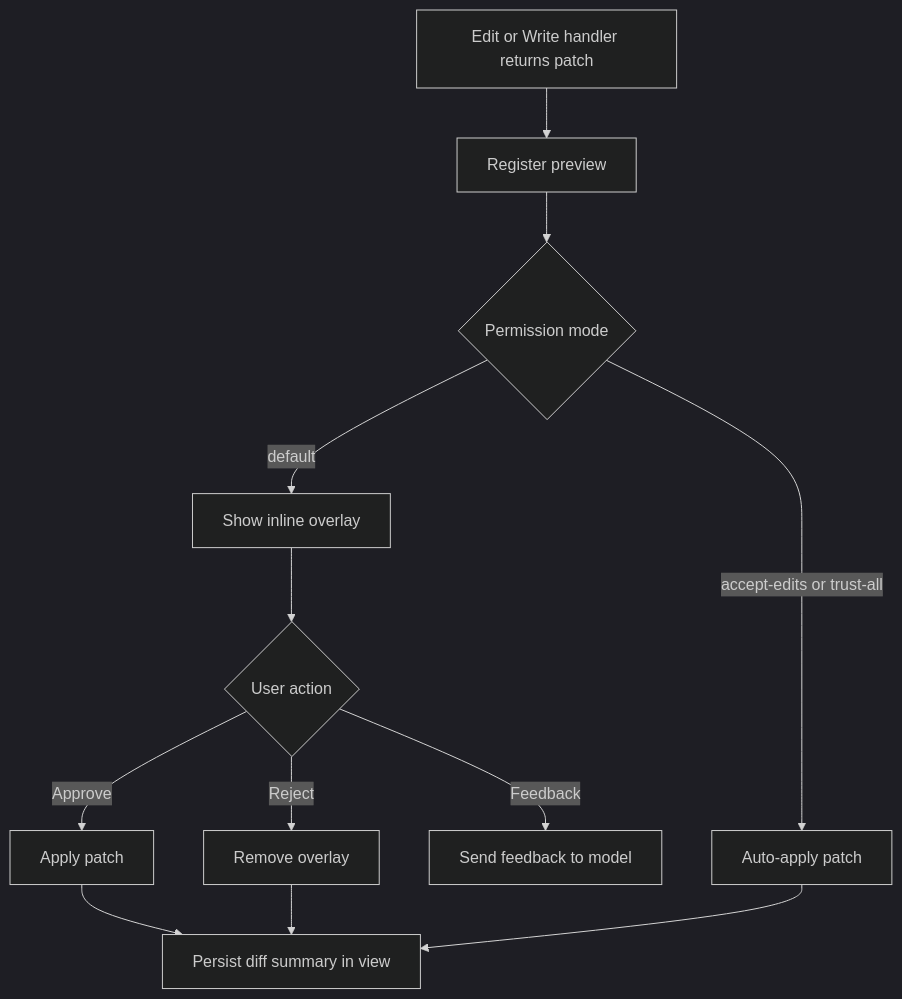
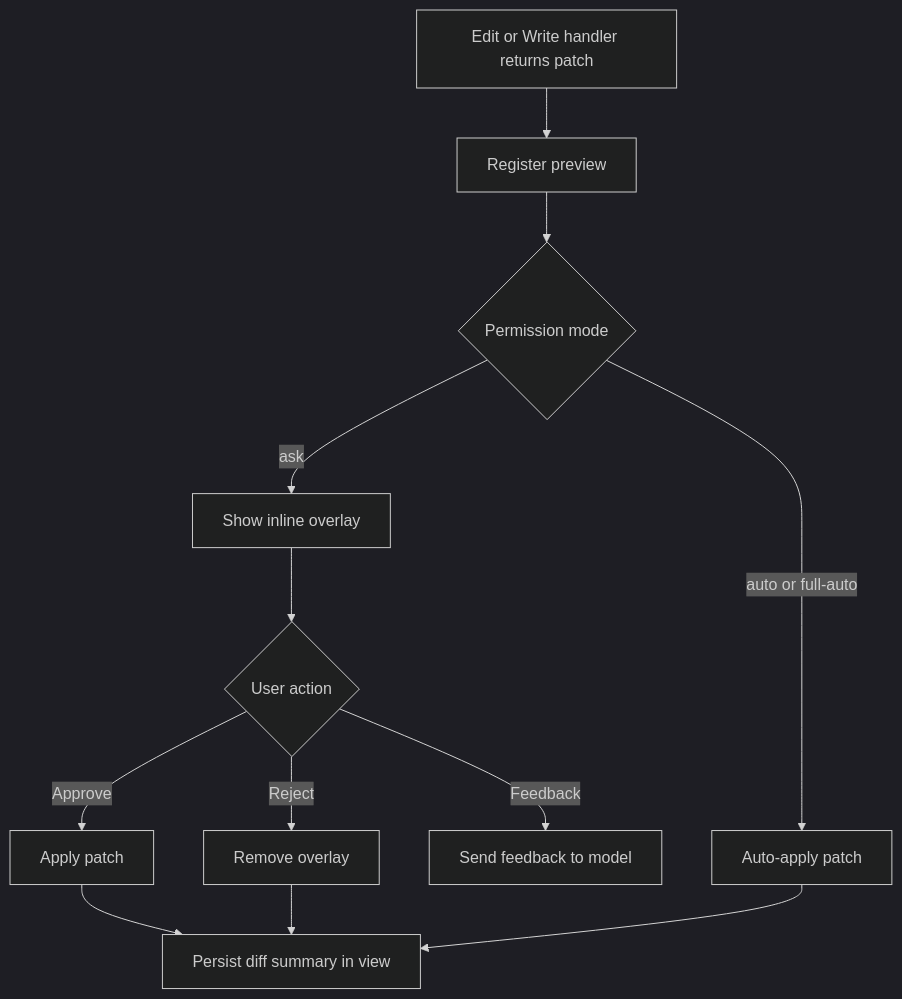
The diagram in docs/preview.md (FrauH0lle/mevedel), drawn with Mermaid (dark theme) before and after one commit. The commit also changed other lines of this file and 38 other files, not shown here.

````diff
--- a/docs/preview.md
+++ b/docs/preview.md
@@ -27,14 +27,14 @@
 ```mermaid
 flowchart TD
     A[Edit or Write handler returns patch] --> B[Register preview]
     B --> C{Permission mode}
-    C -- default --> D[Show inline overlay]
-    C -- accept-edits or trust-all --> E[Auto-apply patch]
+    C -- ask --> D[Show inline overlay]
+    C -- auto or full-auto --> E[Auto-apply patch]
     D --> F{User action}
     F -- Approve --> G[Apply patch]
     F -- Reject --> H[Remove overlay]
     F -- Feedback --> I[Send feedback to model]
     G --> J[Persist diff summary in view]
     E --> J
     H --> J
 ```
````
